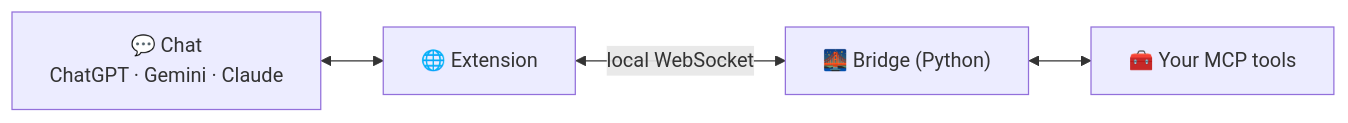
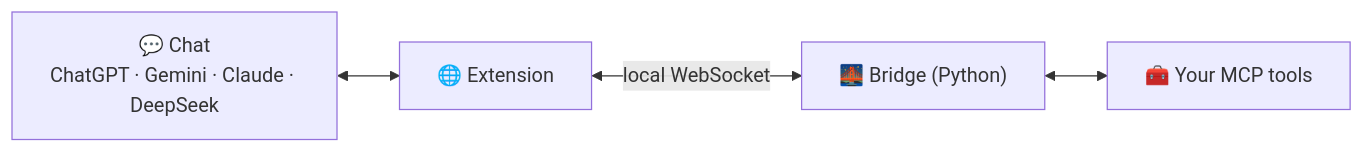
One commit to AstraxOf/web-mcp-bridge changed the diagram in README.md. Above: the diagram before and after it, drawn with Mermaid. The commit also changed other lines of this file and 1 other file, not shown here.

Commit message:
Add DeepSeek to supported platforms in READMEs

````diff
--- a/README.md
+++ b/README.md
@@ -50,6 +50,6 @@
 ```mermaid
 flowchart LR
-    A["💬 Chat<br/>ChatGPT · Gemini · Claude"] <--> B["🌐 Extension"]
+    A["💬 Chat<br/>ChatGPT · Gemini · Claude · DeepSeek"] <--> B["🌐 Extension"]
     B <-->|"local WebSocket"| C["🌉 Bridge (Python)"]
     C <--> D["🧰 Your MCP tools"]
 ```
````
